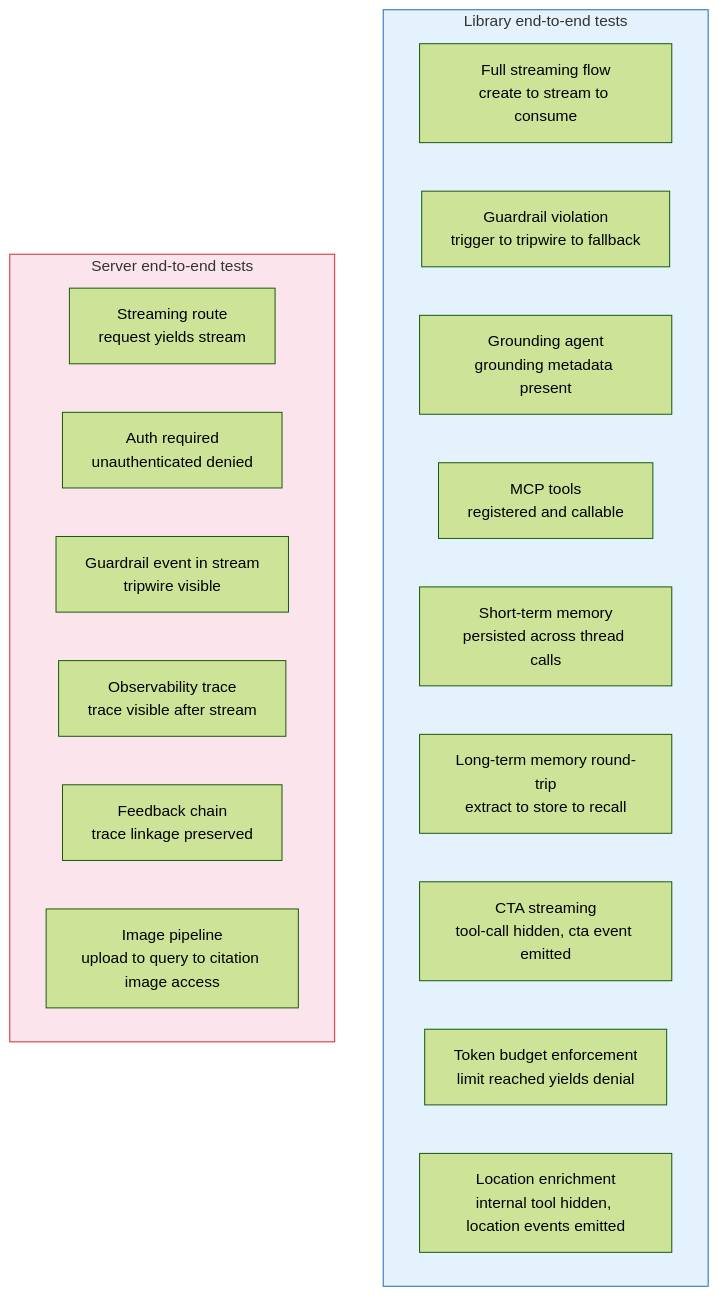
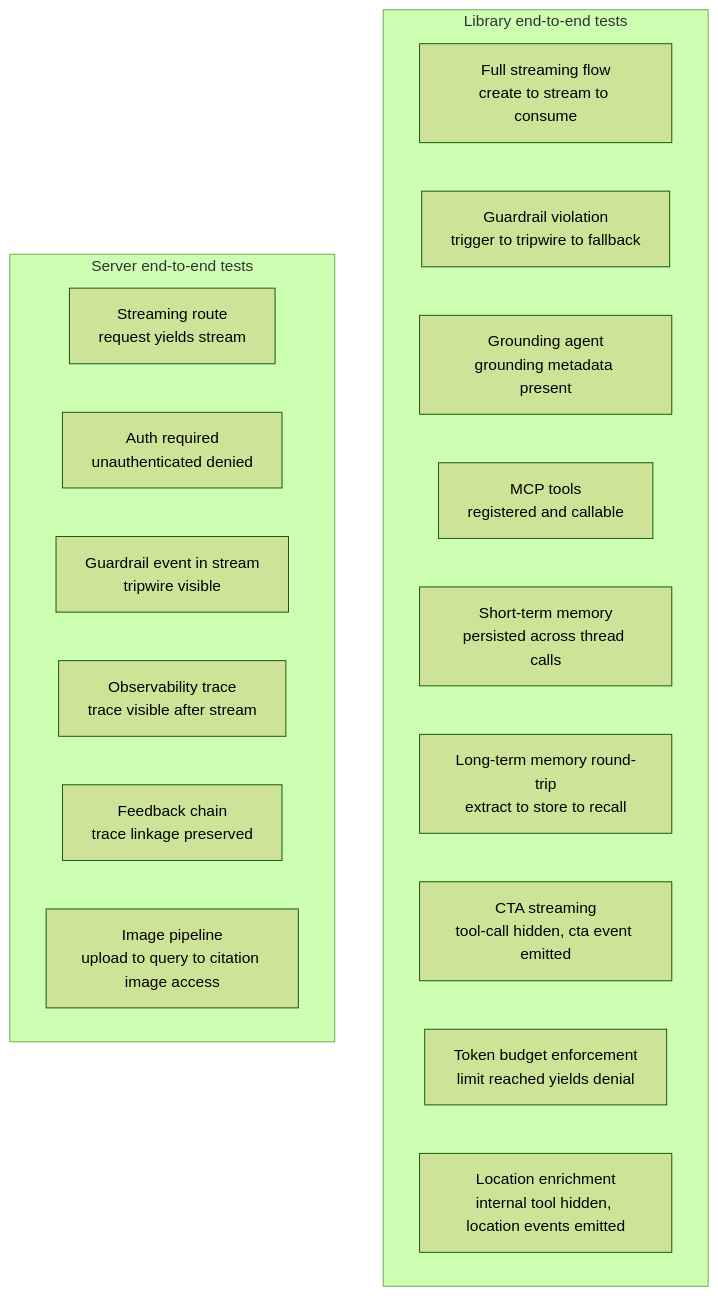
One commit to 1qh/safeagent changed the eighth of 14 diagrams in plan/testing.md. Above: the diagram before and after it, drawn with Mermaid (forest theme). The commit also changed other lines of this file and 43 other files, not shown here.

Commit message:
Phase 3 compression: strip non-semantic separators and Mermaid style metadata

````diff
--- a/plan/testing.md
+++ b/plan/testing.md
@@ -435,26 +394,24 @@
 ```mermaid
 flowchart TD
     subgraph LIBRARY_END_TO_END["Library end-to-end tests"]
         LIB_STREAM_FLOW["Full streaming flow\ncreate to stream to consume"]
         LIB_GUARDRAIL_FLOW["Guardrail violation\ntrigger to tripwire to fallback"]
         LIB_GROUNDING_FLOW["Grounding agent\ngrounding metadata present"]
         LIB_MCP_FLOW["MCP tools\nregistered and callable"]
         LIB_SHORT_MEMORY_FLOW["Short-term memory\npersisted across thread calls"]
         LIB_LONG_MEMORY_FLOW["Long-term memory round-trip\nextract to store to recall"]
         LIB_CTA_FLOW["CTA streaming\ntool-call hidden, cta event emitted"]
         LIB_BUDGET_FLOW["Token budget enforcement\nlimit reached yields denial"]
         LIB_LOCATION_FLOW["Location enrichment\ninternal tool hidden, location events emitted"]
     end
 
     subgraph SERVER_END_TO_END["Server end-to-end tests"]
         SERVER_STREAM_FLOW["Streaming route\nrequest yields stream"]
         SERVER_AUTH_FLOW["Auth required\nunauthenticated denied"]
         SERVER_GUARDRAIL_STREAM["Guardrail event in stream\ntripwire visible"]
         SERVER_TRACE_FLOW["Observability trace\ntrace visible after stream"]
         SERVER_FEEDBACK_FLOW["Feedback chain\ntrace linkage preserved"]
         SERVER_IMAGE_FLOW["Image pipeline\nupload to query to citation image access"]
     end
 
-    style LIBRARY_END_TO_END fill:#e3f2fd,stroke:#1565c0
-    style SERVER_END_TO_END fill:#fce4ec,stroke:#c62828
 ```
````
